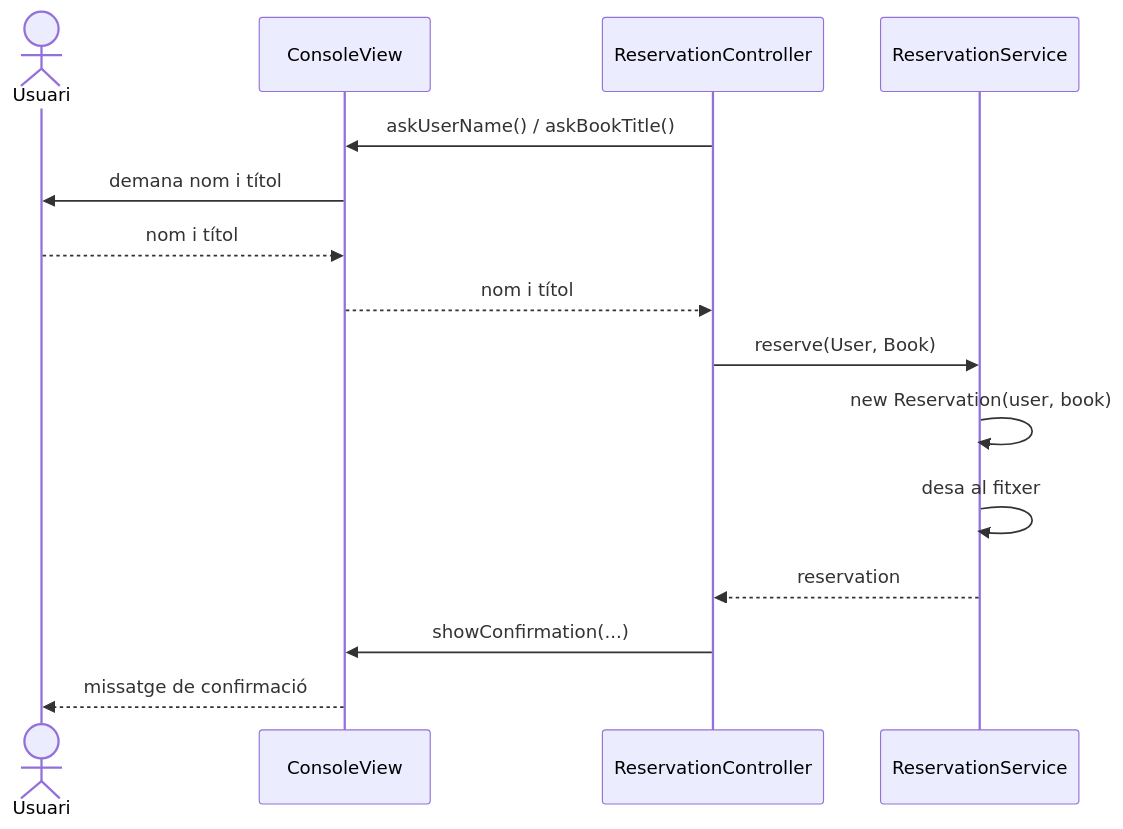
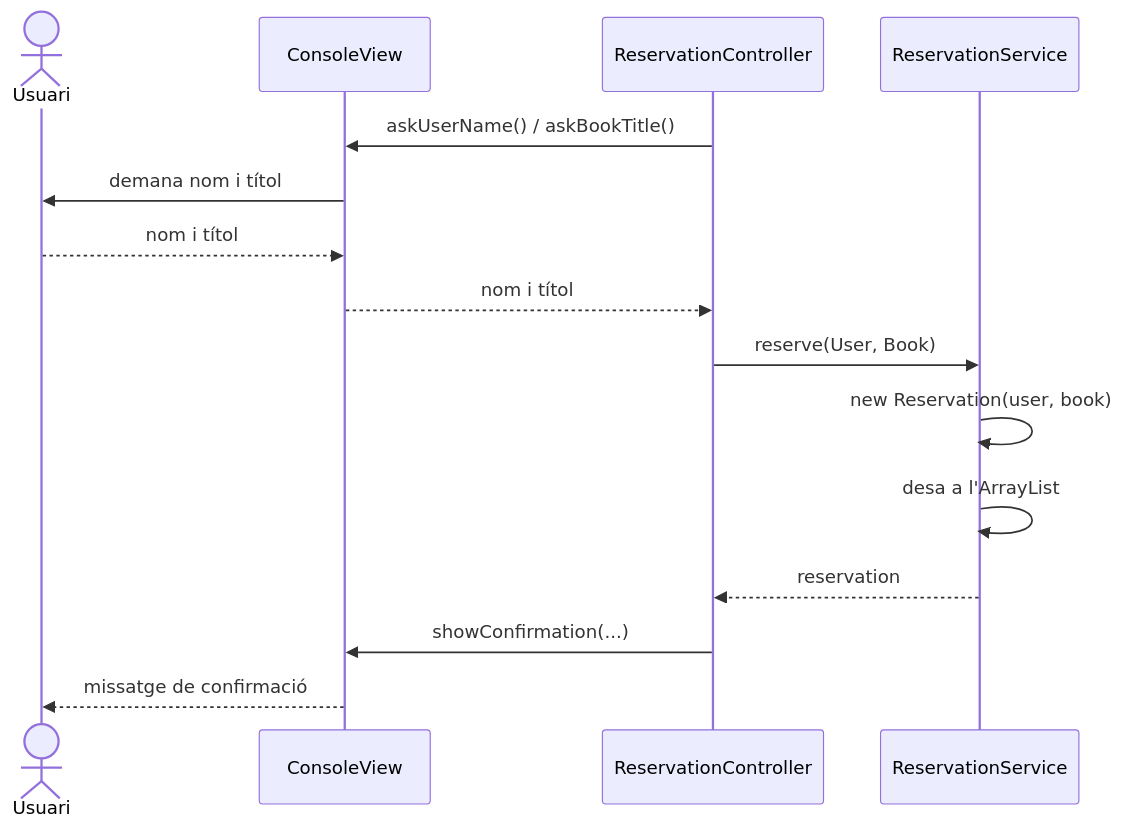
One commit to elpuig-daw/fullstack-nf1-2627 changed the diagram in src/nf1/fullstack/arquictectures/mvc2/TODO.md. Above: the diagram before and after it, drawn with Mermaid. The commit also changed other lines of this file, not shown here.

````diff
--- a/src/nf1/fullstack/arquictectures/mvc2/TODO.md
+++ b/src/nf1/fullstack/arquictectures/mvc2/TODO.md
@@ -54,18 +56,18 @@
 ```mermaid
 sequenceDiagram
     actor U as Usuari
     participant V as ConsoleView
     participant C as ReservationController
     participant S as ReservationService
 
     C->>V: askUserName() / askBookTitle()
     V->>U: demana nom i títol
     U-->>V: nom i títol
     V-->>C: nom i títol
     C->>S: reserve(User, Book)
     S->>S: new Reservation(user, book)
-    S->>S: desa al fitxer
+    S->>S: desa a l'ArrayList
     S-->>C: reservation
     C->>V: showConfirmation(...)
     V-->>U: missatge de confirmació
 ```
````
